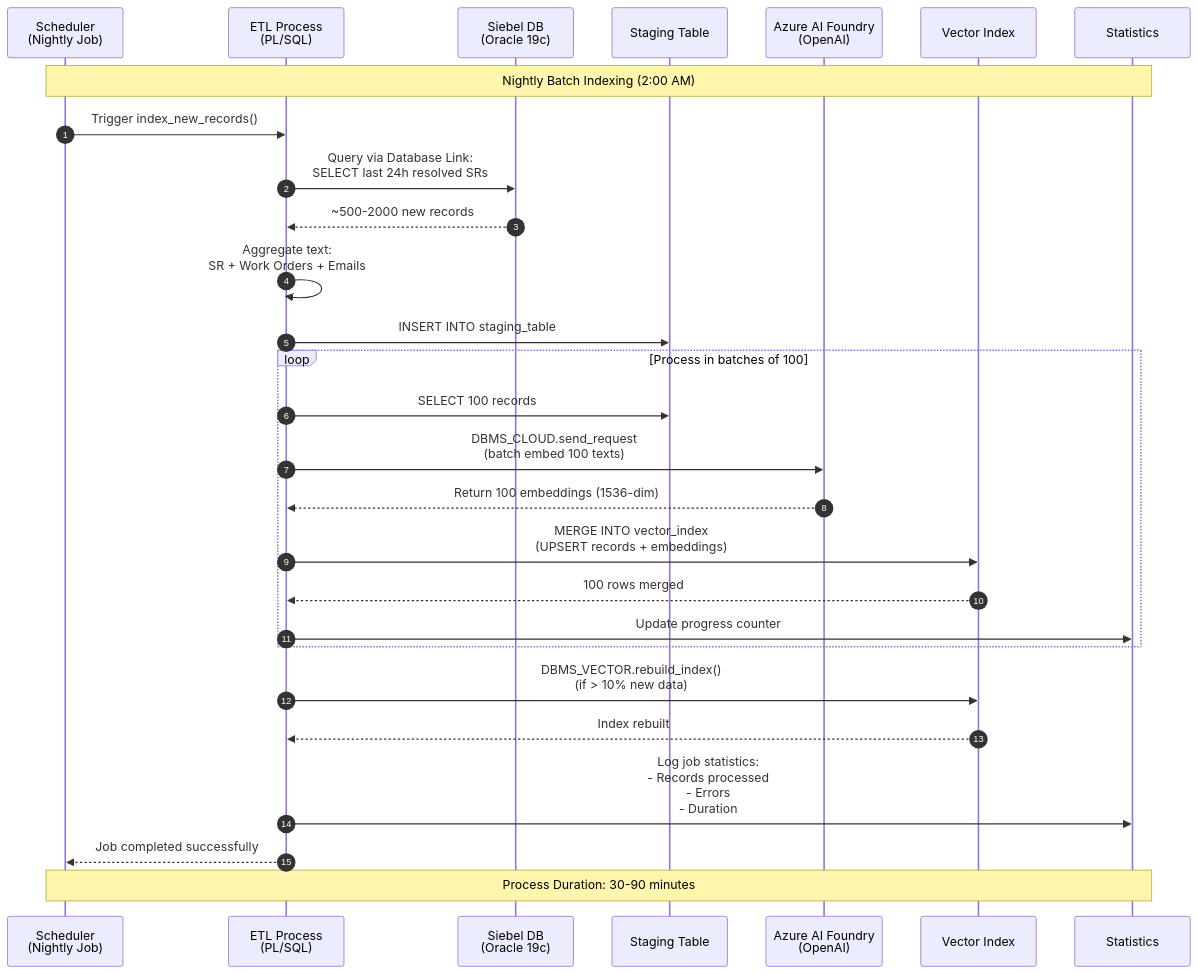
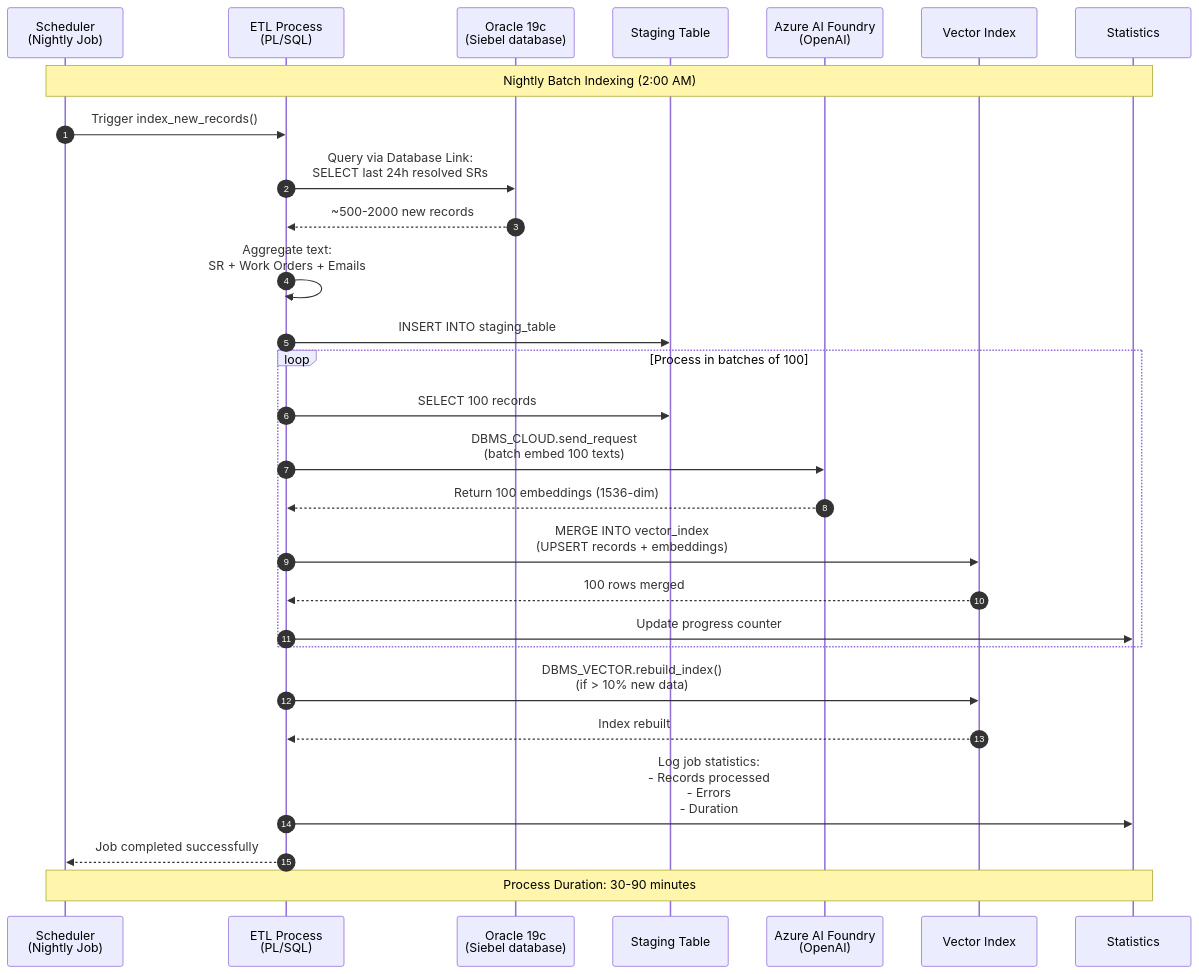
Before and after one commit to psreek-ai/SiebelCRMSemanticSearch: the sixth of 17 diagrams in docs/ARCHITECTURE_DIAGRAMS.md, drawn with Mermaid. The commit also changed 11 other files, not shown here.

````diff
--- a/docs/ARCHITECTURE_DIAGRAMS.md
+++ b/docs/ARCHITECTURE_DIAGRAMS.md
@@ -367,41 +367,41 @@
 ```mermaid
 sequenceDiagram
     autonumber
     participant CRON as Scheduler<br/>(Nightly Job)
     participant ETL as ETL Process<br/>(PL/SQL)
-    participant SIEBEL as Siebel DB<br/>(Oracle 19c)
+    participant SIEBEL as Oracle 19c<br/>(Siebel database)
     participant STAGE as Staging Table
     participant AI as Azure AI Foundry<br/>(OpenAI)
     participant VDB as Vector Index
     participant STATS as Statistics
     
     Note over CRON,STATS: Nightly Batch Indexing (2:00 AM)
     
     CRON->>ETL: Trigger index_new_records()
     ETL->>SIEBEL: Query via Database Link:<br/>SELECT last 24h resolved SRs
     SIEBEL-->>ETL: ~500-2000 new records
     
     ETL->>ETL: Aggregate text:<br/>SR + Work Orders + Emails
     ETL->>STAGE: INSERT INTO staging_table
     
     loop Process in batches of 100
         ETL->>STAGE: SELECT 100 records
         
         ETL->>AI: DBMS_CLOUD.send_request<br/>(batch embed 100 texts)
         AI-->>ETL: Return 100 embeddings (1536-dim)
         
         ETL->>VDB: MERGE INTO vector_index<br/>(UPSERT records + embeddings)
         VDB-->>ETL: 100 rows merged
         
         ETL->>STATS: Update progress counter
     end
     
     ETL->>VDB: DBMS_VECTOR.rebuild_index()<br/>(if > 10% new data)
     VDB-->>ETL: Index rebuilt
     
     ETL->>STATS: Log job statistics:<br/>- Records processed<br/>- Errors<br/>- Duration
     
     ETL-->>CRON: Job completed successfully
     
     Note over CRON,STATS: Process Duration: 30-90 minutes
 ```
````
